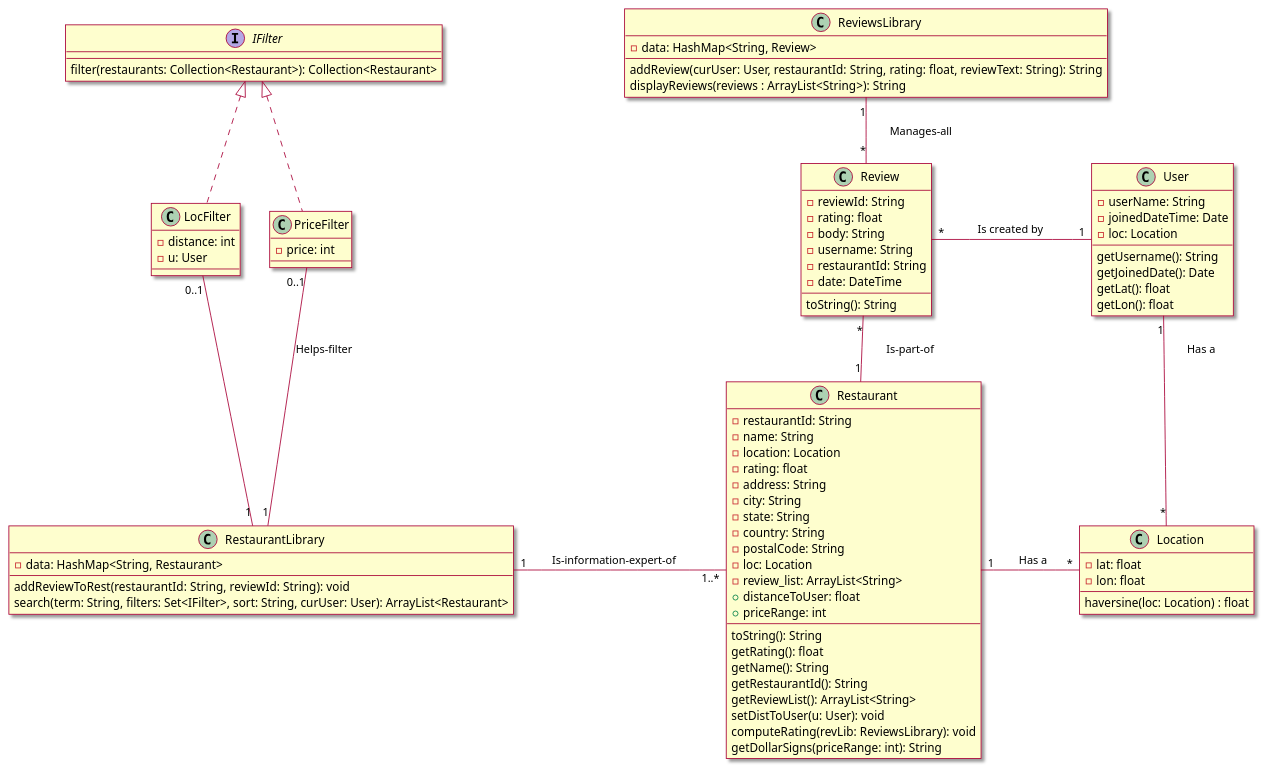
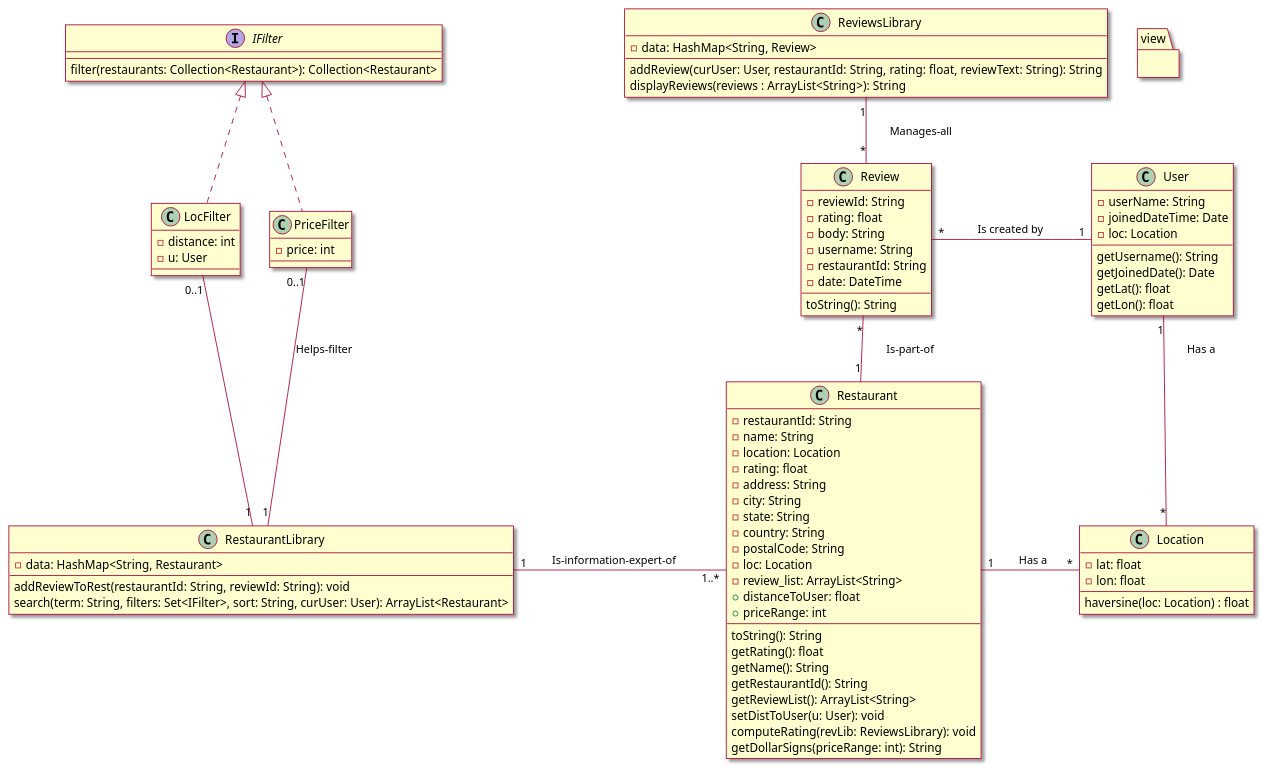
The fourth of 4 diagrams in intellij/doc/design.md (tanwasp/LunchBox-Android), drawn with PlantUML before and after one commit. The commit also changed other lines of this file and 5 other files, not shown here.

Commit message:
Start restaurant test and sequence diagrams

```diff
--- a/intellij/doc/design.md
+++ b/intellij/doc/design.md
@@ -179,6 +169,10 @@
     haversine(loc: Location) : float
 }
 
+package view{
+
+}
+
 ' associations
 IFilter <|.. PriceFilter
 IFilter <|.. LocFilter
```
